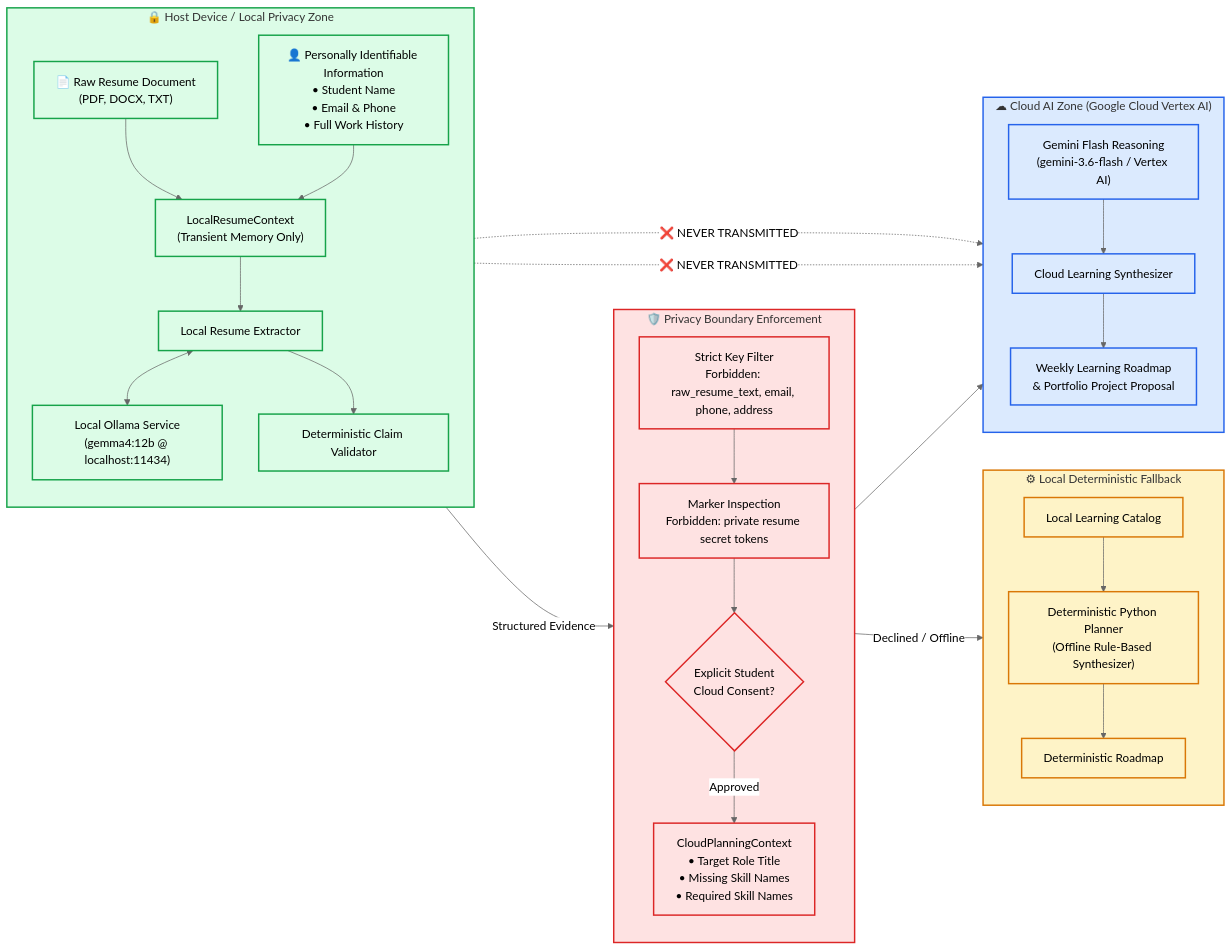
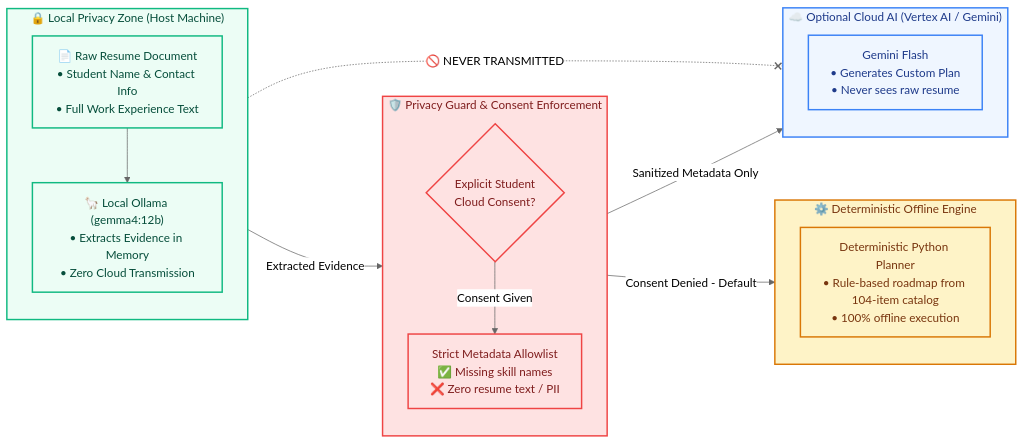
Before and after one commit to hastimal/agentic-career-lab: the diagram in docs/diagrams/privacy-boundary.mmd, drawn with Mermaid (neutral theme). The commit also changed 8 other files, not shown here.

Commit message:
docs: simplify README diagrams and improve visual layout

```diff
--- a/docs/diagrams/privacy-boundary.mmd
+++ b/docs/diagrams/privacy-boundary.mmd
@@ -1,64 +1,40 @@
 flowchart LR
-    subgraph LocalMachine ["🔒 Host Device / Local Privacy Zone"]
+    classDef local fill:#ecfdf5,stroke:#10b981,stroke-width:2px,color:#064e3b;
+    classDef wall fill:#fee2e2,stroke:#ef4444,stroke-width:2px,color:#7f1d1d;
+    classDef cloud fill:#eff6ff,stroke:#3b82f6,stroke-width:2px,color:#1e3a8a;
+    classDef offline fill:#fef3c7,stroke:#d97706,stroke-width:2px,color:#78350f;
+
+    subgraph LocalZone ["🔒 Local Privacy Zone (Host Machine)"]
         direction TB
-        RawResume["📄 Raw Resume Document<br/>(PDF, DOCX, TXT)"]
-        PII["👤 Personally Identifiable Information<br/>• Student Name<br/>• Email & Phone<br/>• Full Work History"]
-        LocalContext["LocalResumeContext<br/>(Transient Memory Only)"]
-        LocalModel["Local Ollama Service<br/>(gemma4:12b @ localhost:11434)"]
-        Extractor["Local Resume Extractor"]
-        Validator["Deterministic Claim Validator"]
-
-        RawResume --> LocalContext
-        PII --> LocalContext
-        LocalContext --> Extractor
-        Extractor <--> LocalModel
-        Extractor --> Validator
+        RawResume["📄 Raw Resume Document<br/>• Student Name & Contact Info<br/>• Full Work Experience Text"]
+        LocalModel["🦙 Local Ollama (gemma4:12b)<br/>• Extracts Evidence in Memory<br/>• Zero Cloud Transmission"]
+        RawResume --> LocalModel
     end
 
-    subgraph PrivacyWall ["🛡️ Privacy Boundary Enforcement"]
+    subgraph PrivacyWall ["🛡️ Privacy Guard & Consent Enforcement"]
         direction TB
-        Filter["Strict Key Filter<br/>Forbidden: raw_resume_text, email, phone, address"]
-        SecretCheck["Marker Inspection<br/>Forbidden: private resume secret tokens"]
-        ConsentGate{"Explicit Student<br/>Cloud Consent?"}
-        Sanitized["CloudPlanningContext<br/>• Target Role Title<br/>• Missing Skill Names<br/>• Required Skill Names"]
-
-        Validator -->|Structured Evidence| Filter
-        Filter --> SecretCheck
-        SecretCheck --> ConsentGate
-        ConsentGate -->|Approved| Sanitized
+        Gate{"Explicit Student<br/>Cloud Consent?"}
+        Filter["Strict Metadata Allowlist<br/>✅ Missing skill names<br/>❌ Zero resume text / PII"]
+        Gate -->|Consent Given| Filter
     end
 
-    subgraph CloudZone ["☁ Cloud AI Zone (Google Cloud Vertex AI)"]
+    subgraph CloudZone ["☁️ Optional Cloud AI (Vertex AI / Gemini)"]
         direction TB
-        GeminiFlash["Gemini Flash Reasoning<br/>(gemini-3.6-flash / Vertex AI)"]
-        CloudPlanner["Cloud Learning Synthesizer"]
-        Roadmap["Weekly Learning Roadmap<br/>& Portfolio Project Proposal"]
-
-        Sanitized --> GeminiFlash
-        GeminiFlash --> CloudPlanner
-        CloudPlanner --> Roadmap
+        Gemini["Gemini Flash<br/>• Generates Custom Plan<br/>• Never sees raw resume"]
     end
 
-    subgraph OfflineZone ["⚙ Local Deterministic Fallback"]
+    subgraph FallbackZone ["⚙️ Deterministic Offline Engine"]
         direction TB
-        PythonPlanner["Deterministic Python Planner<br/>(Offline Rule-Based Synthesizer)"]
-        Catalog["Local Learning Catalog"]
-        OfflineRoadmap["Deterministic Roadmap"]
-
-        ConsentGate -->|Declined / Offline| PythonPlanner
-        Catalog --> PythonPlanner
-        PythonPlanner --> OfflineRoadmap
+        Planner["Deterministic Python Planner<br/>• Rule-based roadmap from 104-item catalog<br/>• 100% offline execution"]
     end
 
-    RawResume -.->|❌ NEVER TRANSMITTED| CloudZone
-    PII -.->|❌ NEVER TRANSMITTED| CloudZone
+    LocalModel -->|Extracted Evidence| Gate
+    Filter -->|Sanitized Metadata Only| CloudZone
+    Gate -->|Consent Denied - Default| FallbackZone
 
-    classDef local fill:#dcfce7,stroke:#16a34a,stroke-width:2px;
-    classDef wall fill:#fee2e2,stroke:#dc2626,stroke-width:2px;
-    classDef cloud fill:#dbeafe,stroke:#2563eb,stroke-width:2px;
-    classDef offline fill:#fef3c7,stroke:#d97706,stroke-width:2px;
+    RawResume -.-x|🚫 NEVER TRANSMITTED| CloudZone
 
-    class LocalMachine,RawResume,PII,LocalContext,LocalModel,Extractor,Validator local;
-    class PrivacyWall,Filter,SecretCheck,ConsentGate,Sanitized wall;
-    class CloudZone,GeminiFlash,CloudPlanner,Roadmap cloud;
-    class OfflineZone,PythonPlanner,Catalog,OfflineRoadmap offline;
+    class LocalZone,RawResume,LocalModel local;
+    class PrivacyWall,Gate,Filter wall;
+    class CloudZone,Gemini cloud;
+    class FallbackZone,Planner offline;
```
